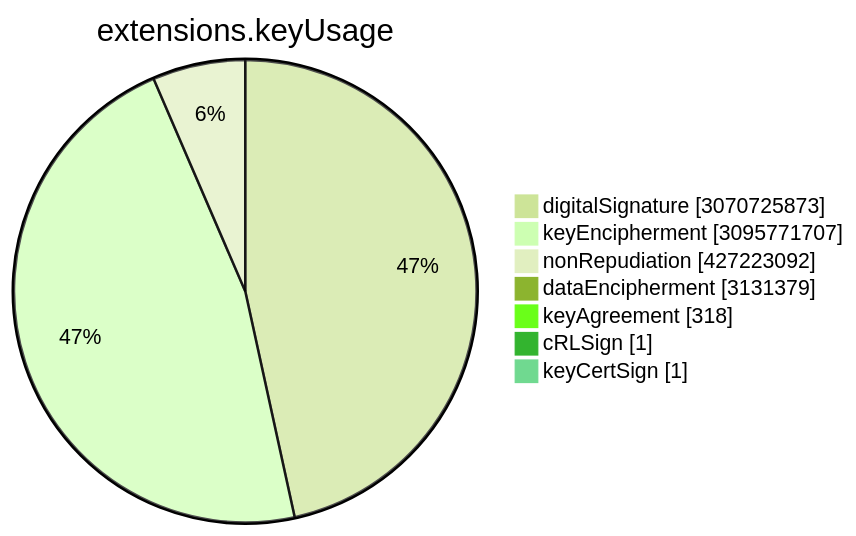
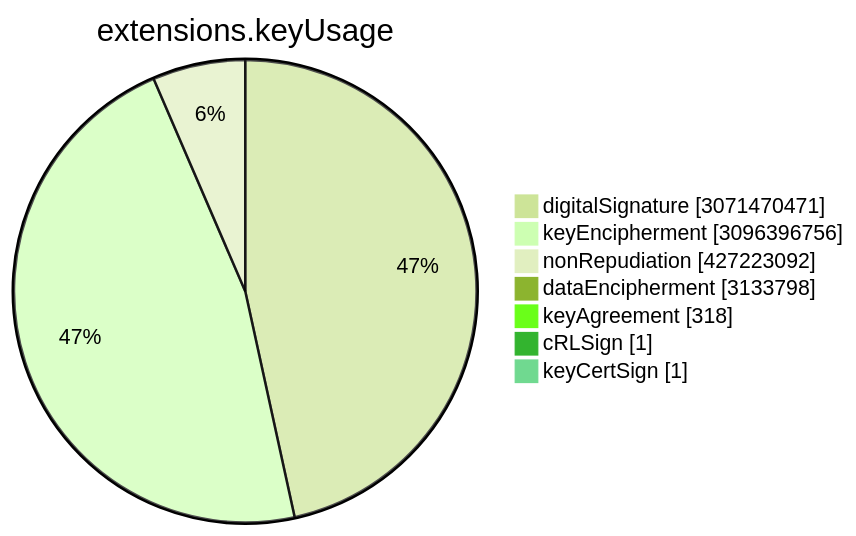
Before and after one commit to christiankrug/ctmonitor_visualization: the sixth of 15 diagrams in TOTAL/README.md, drawn with Mermaid (forest theme). The commit also changed other lines of this file, not shown here.

````diff
--- a/TOTAL/README.md
+++ b/TOTAL/README.md
@@ -3075,11 +3075,11 @@
 ```mermaid
 pie showData
 title extensions.keyUsage
-"digitalSignature" :3070725873
-"keyEncipherment" :3095771707
+"digitalSignature" :3071470471
+"keyEncipherment" :3096396756
 "nonRepudiation" :427223092
-"dataEncipherment" :3131379
+"dataEncipherment" :3133798
 "keyAgreement" :318
 "cRLSign" :1
 "keyCertSign" :1
 ```
````
